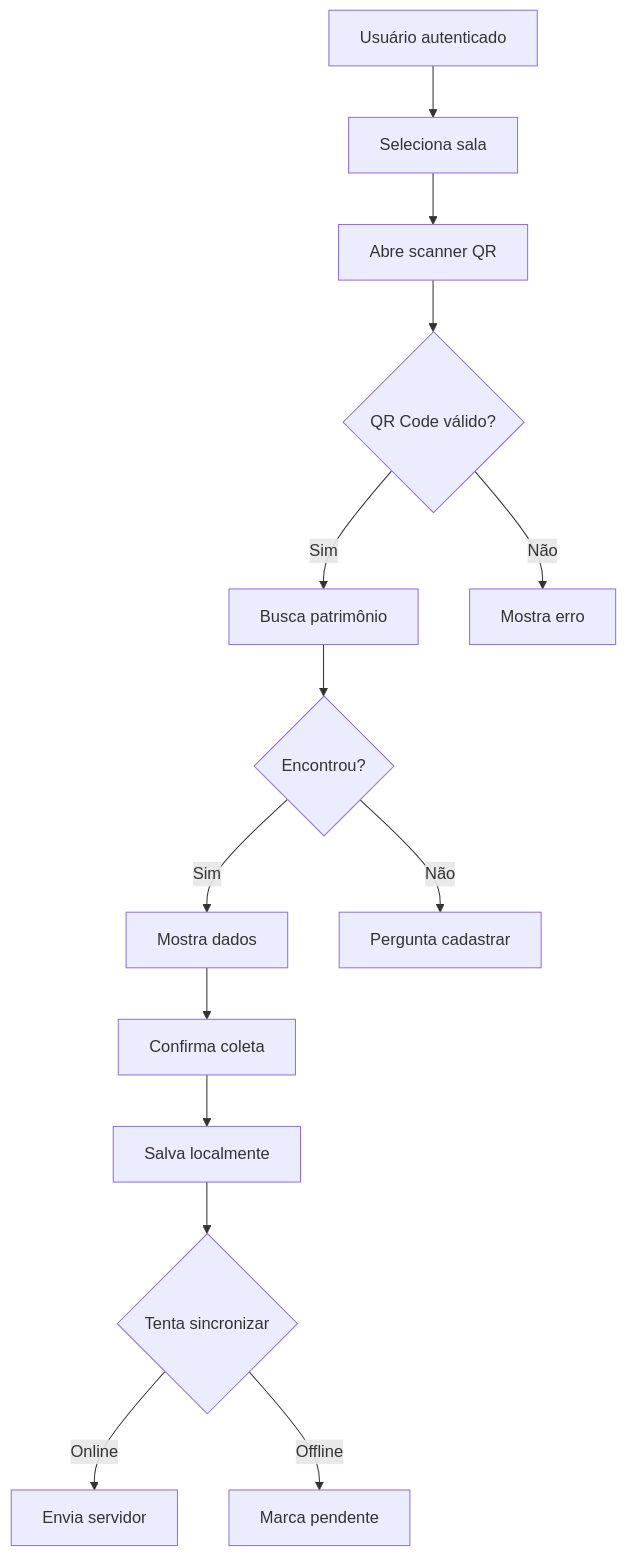
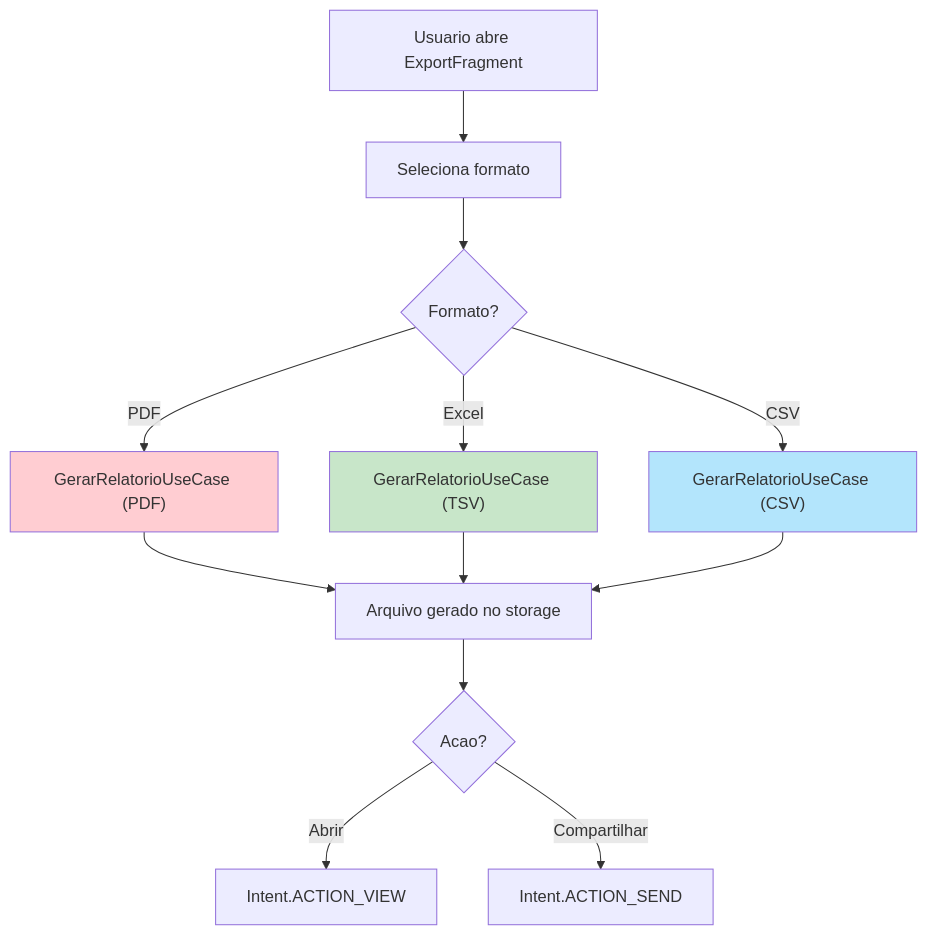
One commit to romuloaraujo1988/MASTER_INVENTARIO changed the sixth of 7 diagrams in InventarioMobile/ANALISE_REQUISITOS_ANDROID.md. Above: the diagram before and after it, drawn with Mermaid. The commit also changed other lines of this file and 371 other files, not shown here.

````diff
--- a/InventarioMobile/ANALISE_REQUISITOS_ANDROID.md
+++ b/InventarioMobile/ANALISE_REQUISITOS_ANDROID.md
@@ -252,16 +503,18 @@
 ```mermaid
 graph TD
-    A[Usuário autenticado] --> B[Seleciona sala]
-    B --> C[Abre scanner QR]
-    C --> D{QR Code válido?}
-    D -->|Sim| E[Busca patrimônio]
-    D -->|Não| F[Mostra erro]
-    E --> G{Encontrou?}
-    G -->|Sim| H[Mostra dados]
-    G -->|Não| I[Pergunta cadastrar]
-    H --> J[Confirma coleta]
-    J --> K[Salva localmente]
-    K --> L{Tenta sincronizar}
-    L -->|Online| M[Envia servidor]
-    L -->|Offline| N[Marca pendente]
+    A["Usuario abre ExportFragment"] --> B["Seleciona formato"]
+    B --> C{"Formato?"}
+    C -->|PDF| D["GerarRelatorioUseCase (PDF)"]
+    C -->|Excel| E["GerarRelatorioUseCase (TSV)"]
+    C -->|CSV| F["GerarRelatorioUseCase (CSV)"]
+    D --> G["Arquivo gerado no storage"]
+    E --> G
+    F --> G
+    G --> H{"Acao?"}
+    H -->|Abrir| I["Intent.ACTION_VIEW"]
+    H -->|Compartilhar| J["Intent.ACTION_SEND"]
+
+    style D fill:#FFCDD2
+    style E fill:#C8E6C9
+    style F fill:#B3E5FC
 ```
````
